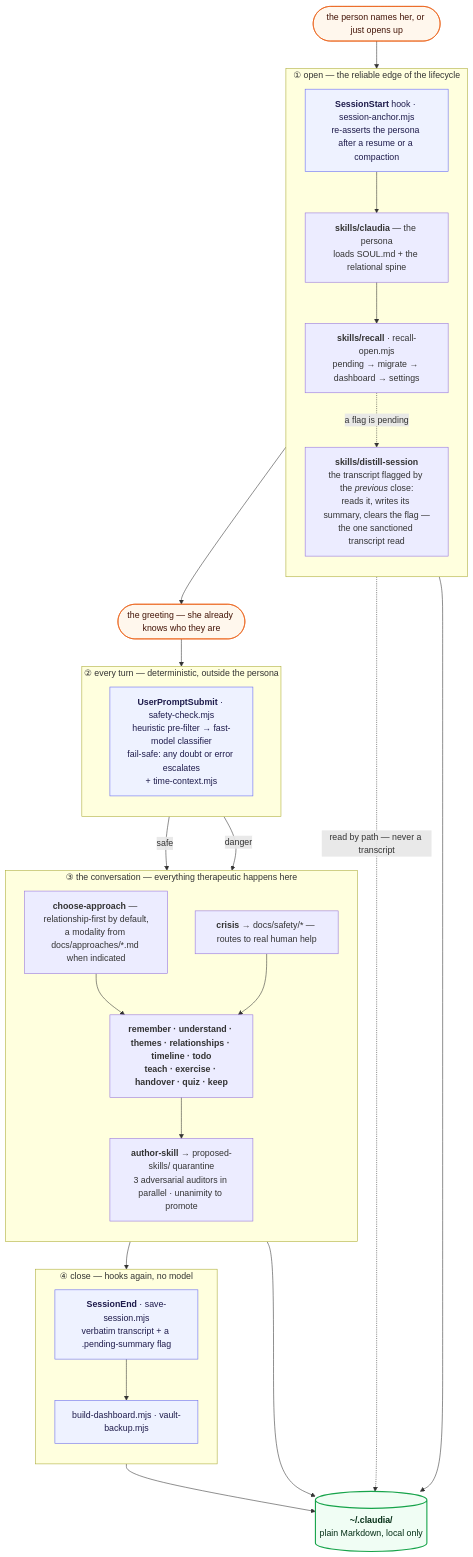
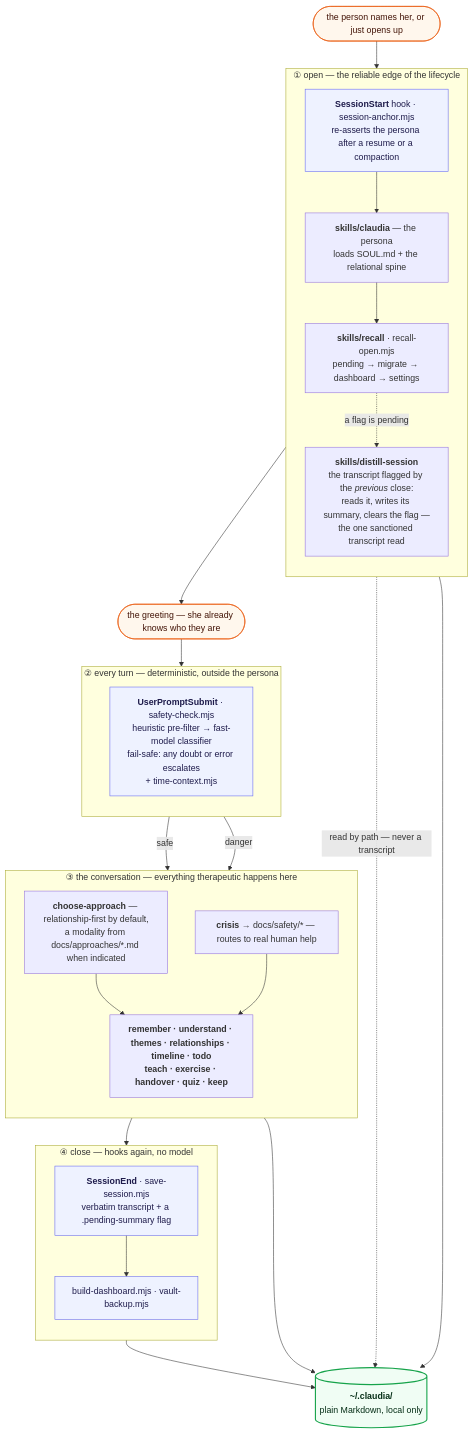
Before and after one commit to abernier/claudia: the diagram in docs/ARCHITECTURE.md, drawn with Mermaid. The commit also changed 17 other files, not shown here.

````diff
--- a/docs/ARCHITECTURE.md
+++ b/docs/ARCHITECTURE.md
@@ -13,60 +13,58 @@
 ```mermaid
 flowchart TB
   P(["the person names her, or just opens up"])
 
   subgraph OPEN["① open — the reliable edge of the lifecycle"]
     direction TB
     A["<b>SessionStart</b> hook · session-anchor.mjs<br/>re-asserts the persona after a resume or a compaction"]
     S["<b>skills/claudia</b> — the persona<br/>loads SOUL.md + the relational spine"]
     R["<b>skills/recall</b> · recall-open.mjs<br/>pending → migrate → dashboard → settings"]
     D["<b>skills/distill-session</b><br/>the transcript flagged by the <i>previous</i> close:<br/>reads it, writes its summary, clears the flag —<br/>the one sanctioned transcript read"]
   end
 
   G(["the greeting — she already knows who they are"])
 
   subgraph TURN["② every turn — deterministic, outside the persona"]
     direction TB
     H["<b>UserPromptSubmit</b> · safety-check.mjs<br/>heuristic pre-filter → fast-model classifier<br/>fail-safe: any doubt or error escalates<br/>+ time-context.mjs"]
   end
 
   subgraph TALK["③ the conversation — everything therapeutic happens here"]
     direction TB
     CA["<b>choose-approach</b> — relationship-first by default,<br/>a modality from docs/approaches/*.md when indicated"]
     CR["<b>crisis</b> → docs/safety/* — routes to real human help"]
     WR["<b>remember · understand · themes · relationships · timeline · todo</b><br/><b>teach · exercise · handover · quiz · keep</b>"]
-    AU["<b>author-skill</b> → proposed-skills/ quarantine<br/>3 adversarial auditors in parallel · unanimity to promote"]
   end
 
   subgraph CLOSE["④ close — hooks again, no model"]
     direction TB
     SV["<b>SessionEnd</b> · save-session.mjs<br/>verbatim transcript + a .pending-summary flag"]
     BB["build-dashboard.mjs · vault-backup.mjs"]
   end
 
   V[("<b>~/.claudia/</b><br/>plain Markdown, local only")]
 
   P --> A
   A --> S
   S --> R
   R --> G
   G --> H
   H -->|"safe"| CA
   H -->|"danger"| CR
   CA --> WR
   CR --> WR
-  WR --> AU
   WR --> SV
   SV --> BB
   R -.->|"a flag is pending"| D
   R -.->|"read by path — never a transcript"| V
   D --> V
   WR --> V
   BB --> V
 
   classDef code fill:#eef2ff,stroke:#6366f1,color:#1e1b4b
   classDef vault fill:#f0fdf4,stroke:#16a34a,stroke-width:2px,color:#052e16
   classDef human fill:#fff7ed,stroke:#ea580c,color:#431407
   class A,H,SV,BB code
   class V vault
   class P,G human
 ```
````
